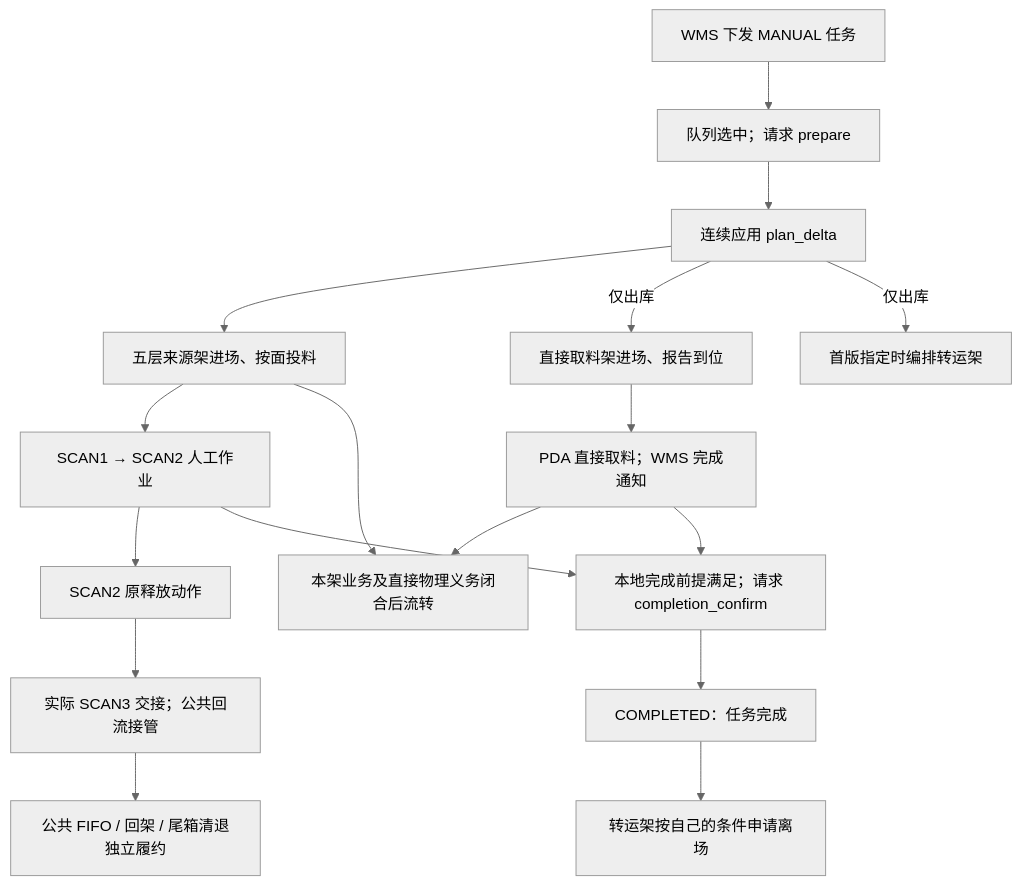
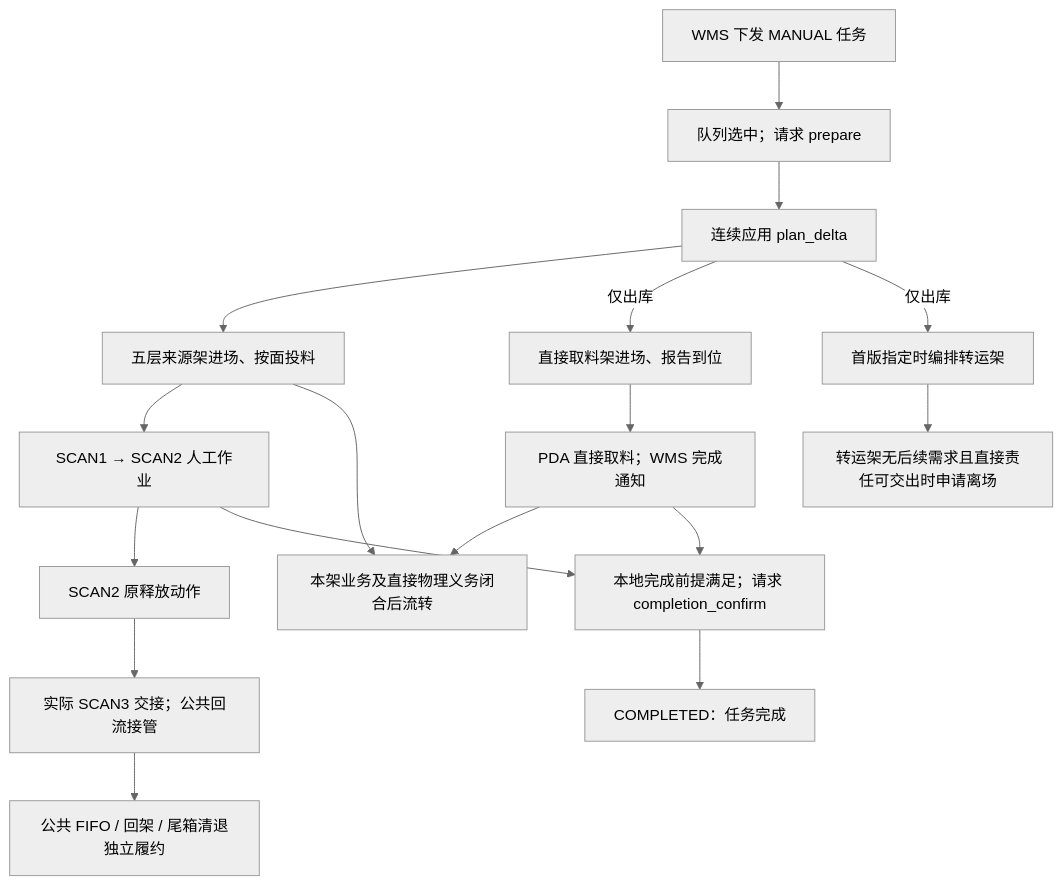
Before and after one commit to kaizhoumasha/maintenance-admin: the first of 2 diagrams in docs/integrations/manual-picking-api.md, drawn with Mermaid (neutral theme). The commit also changed other lines of this file and 5 other files, not shown here.

````diff
--- a/docs/integrations/manual-picking-api.md
+++ b/docs/integrations/manual-picking-api.md
@@ -73,19 +75,19 @@
 ```mermaid
 flowchart TD
     A["WMS 下发 MANUAL 任务"] --> B["队列选中；请求 prepare"]
     B --> C["连续应用 plan_delta"]
     C --> D["五层来源架进场、按面投料"]
     C -->|仅出库| E["直接取料架进场、报告到位"]
     C -->|仅出库| F["首版指定时编排转运架"]
     D --> G["SCAN1 → SCAN2 人工作业"]
     E --> H["PDA 直接取料；WMS 完成通知"]
     G --> I["SCAN2 原释放动作"]
     I --> J["实际 SCAN3 交接；公共回流接管"]
     H --> K["本架业务及直接物理义务闭合后流转"]
     D --> K
     G --> L["本地完成前提满足；请求 completion_confirm"]
     H --> L
     L --> M["COMPLETED：任务完成"]
-    M --> N["转运架按自己的条件申请离场"]
+    F --> N["转运架无后续需求且直接责任可交出时申请离场"]
     J --> O["公共 FIFO / 回架 / 尾箱清退独立履约"]
 ```
````
